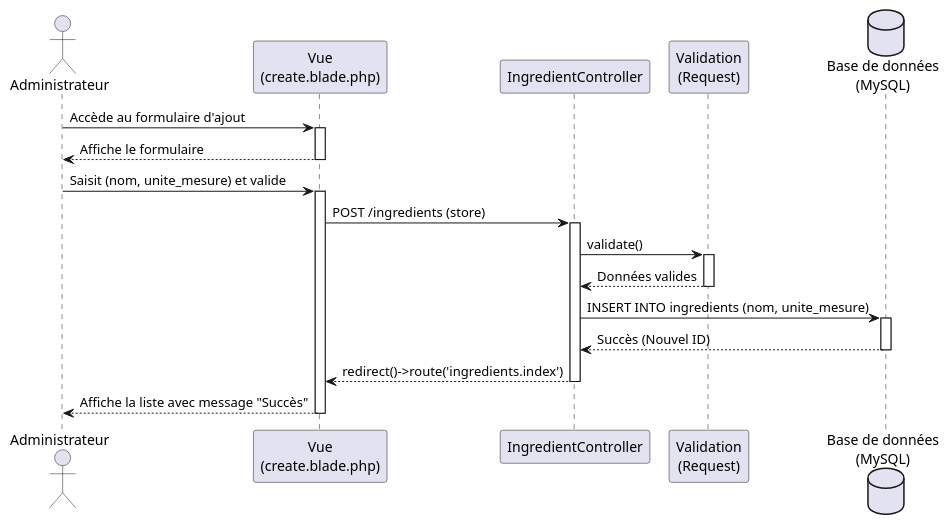
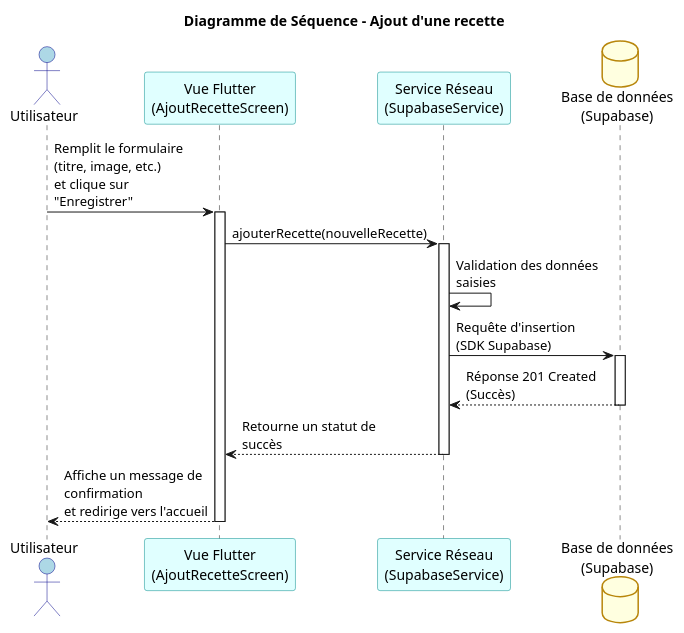
Before and after one commit to LThuillier/Livre-de-recette-Lima: the diagram in sequence.puml, drawn with PlantUML. The commit also changed 3 other files, not shown here.

```diff
--- a/sequence.puml
+++ b/sequence.puml
@@ -1,32 +1,42 @@
 @startuml
-actor "Administrateur" as Admin
-participant "Vue\n(create.blade.php)" as Vue
-participant "IngredientController" as Controller
-participant "Validation\n(Request)" as Validator
-database "Base de données\n(MySQL)" as BDD
+title Diagramme de Séquence - Ajout d'une recette
 
-Admin -> Vue : Accède au formulaire d'ajout
-activate Vue
-Vue --> Admin : Affiche le formulaire
-deactivate Vue
+skinparam maxMessageSize 150
+skinparam participant {
+    BackgroundColor LightCyan
+    BorderColor DarkCyan
+}
+skinparam database {
+    BackgroundColor LightYellow
+    BorderColor DarkGoldenRod
+}
+skinparam actor {
+    BackgroundColor LightBlue
+    BorderColor DarkBlue
+}
 
-Admin -> Vue : Saisit (nom, unite_mesure) et valide
-activate Vue
-Vue -> Controller : POST /ingredients (store)
-activate Controller
+actor "Utilisateur" as User
+participant "Vue Flutter\n(AjoutRecetteScreen)" as View
+participant "Service Réseau\n(SupabaseService)" as Service
+database "Base de données\n(Supabase)" as DB
 
-Controller -> Validator : validate()
-activate Validator
-Validator --> Controller : Données valides
-deactivate Validator
+User -> View : Remplit le formulaire (titre, image, etc.)\net clique sur "Enregistrer"
+activate View
 
-Controller -> BDD : INSERT INTO ingredients (nom, unite_mesure)
-activate BDD
-BDD --> Controller : Succès (Nouvel ID)
-deactivate BDD
+View -> Service : ajouterRecette(nouvelleRecette)
+activate Service
 
-Controller --> Vue : redirect()->route('ingredients.index')
-deactivate Controller
-Vue --> Admin : Affiche la liste avec message "Succès"
-deactivate Vue
+Service -> Service : Validation des données saisies
+
+Service -> DB : Requête d'insertion (SDK Supabase)
+activate DB
+
+DB --> Service : Réponse 201 Created (Succès)
+deactivate DB
+
+Service --> View : Retourne un statut de succès
+deactivate Service
+
+View --> User : Affiche un message de confirmation\net redirige vers l'accueil
+deactivate View
 @enduml
```
